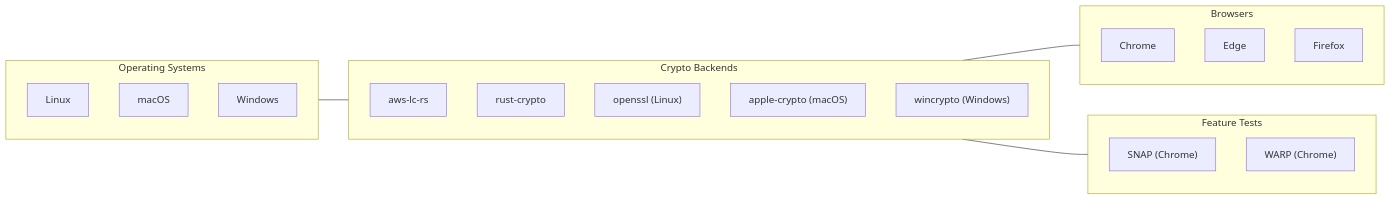
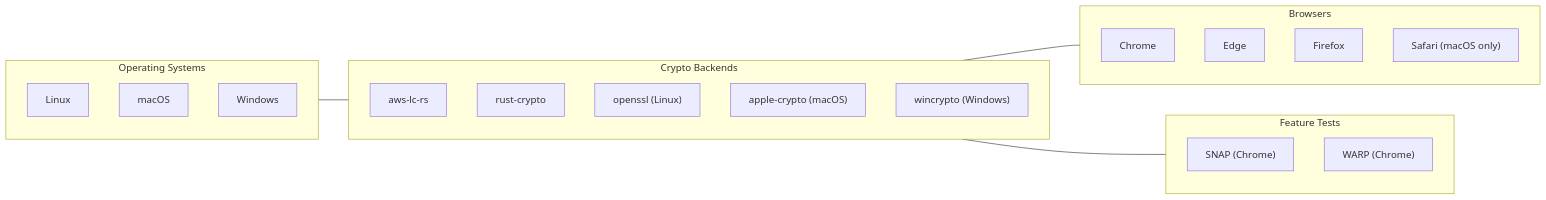
The ninth of 10 diagrams in README.md (xnorpx/str0m_browser_integration_tests), drawn with Mermaid before and after one commit. The commit also changed other lines of this file, not shown here.

Commit message:
docs: Document Safari testing support and DTLS 1.3/SNAP limitations

````diff
--- a/README.md
+++ b/README.md
@@ -319,31 +319,32 @@
 ```mermaid
 graph LR
     subgraph OS["Operating Systems"]
         Linux
         macOS
         Windows
     end
 
     subgraph Crypto["Crypto Backends"]
         aws["aws-lc-rs"]
         rust["rust-crypto"]
         ossl["openssl (Linux)"]
         apple["apple-crypto (macOS)"]
         win["wincrypto (Windows)"]
     end
 
     subgraph Browsers["Browsers"]
         Chrome
         Edge
         Firefox
+        Safari["Safari (macOS only)"]
     end
 
     subgraph Features["Feature Tests"]
         SNAP["SNAP (Chrome)"]
         WARP["WARP (Chrome)"]
     end
 
     OS --- Crypto
     Crypto --- Browsers
     Crypto --- Features
 ```
````
